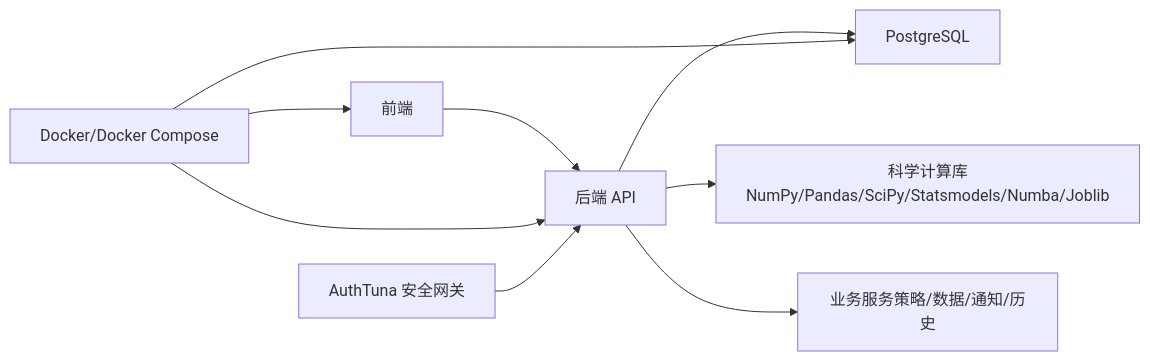
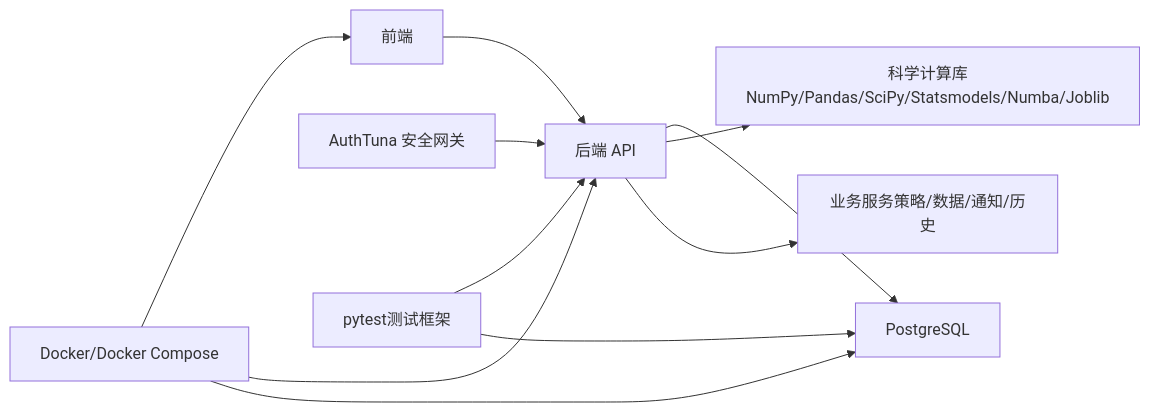
One commit to raymodny-ai/The-Modern-Turtle-Protocol changed the eighth of 8 diagrams in .qoder/repowiki/zh/content/开发指南.md. Above: the diagram before and after it, drawn with Mermaid. The commit also changed other lines of this file and 15 other files, not shown here.

````diff
--- a/.qoder/repowiki/zh/content/开发指南.md
+++ b/.qoder/repowiki/zh/content/开发指南.md
@@ -255,11 +482,13 @@
 ```mermaid
 graph LR
 FE["前端"] --> API["后端 API"]
 API --> DB["PostgreSQL"]
 API --> Libs["科学计算库NumPy/Pandas/SciPy/Statsmodels/Numba/Joblib"]
 API --> Svc["业务服务策略/数据/通知/历史"]
 Infra["Docker/Docker Compose"] --> FE
 Infra --> API
 Infra --> DB
 Sec["AuthTuna 安全网关"] --> API
+Tests["pytest测试框架"] --> API
+Tests --> DB
 ```
````
